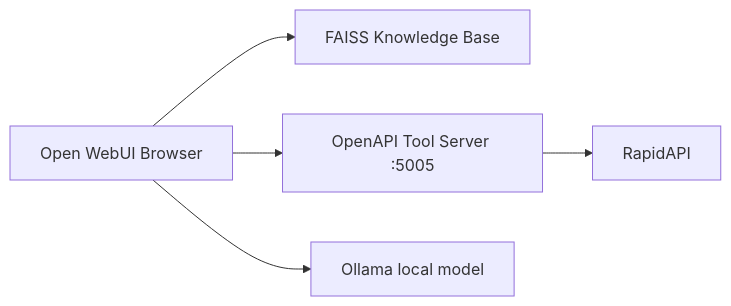
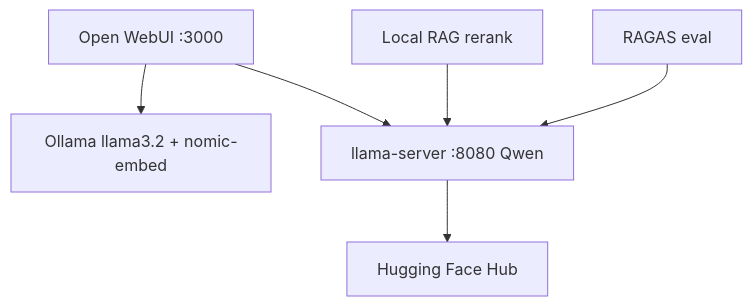
One commit to reem-mor/ai-engineering-portfolio changed the diagram in lectures/11_local_models_webui/README.md. Above: the diagram before and after it, drawn with Mermaid. The commit also changed other lines of this file and 48 other files, not shown here.

````diff
--- a/lectures/11_local_models_webui/README.md
+++ b/lectures/11_local_models_webui/README.md
@@ -53,12 +157,14 @@
 ```mermaid
-flowchart LR
-  Browser[Open WebUI Browser]
-  KB[FAISS Knowledge Base]
-  Tools[OpenAPI Tool Server :5005]
-  RapidAPI[RapidAPI]
-  Ollama[Ollama local model]
-  Browser --> KB
-  Browser --> Ollama
-  Browser --> Tools
-  Tools --> RapidAPI
+flowchart TB
+  WebUI[Open WebUI :3000]
+  Ollama[Ollama llama3.2 + nomic-embed]
+  LlamaSrv[llama-server :8080 Qwen]
+  LocalRAG[Local RAG rerank]
+  RAGAS[RAGAS eval]
+  HF[Hugging Face Hub]
+  WebUI --> Ollama
+  WebUI --> LlamaSrv
+  LocalRAG --> LlamaSrv
+  LlamaSrv --> HF
+  RAGAS --> LlamaSrv
 ```
````
